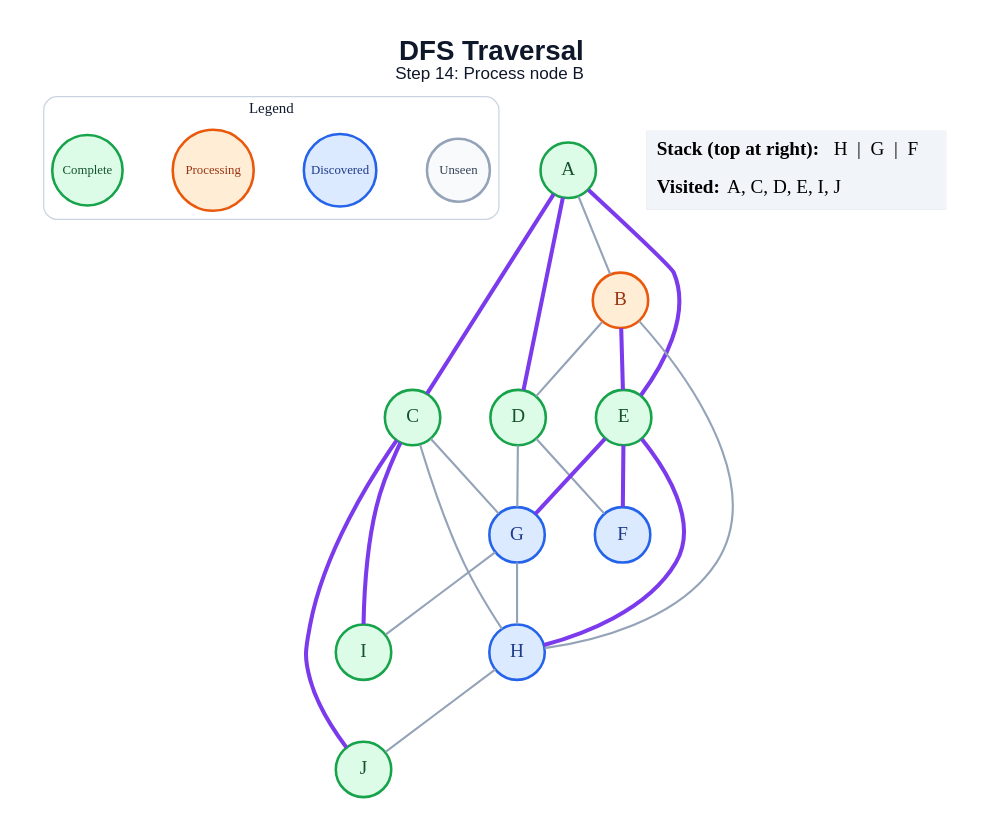
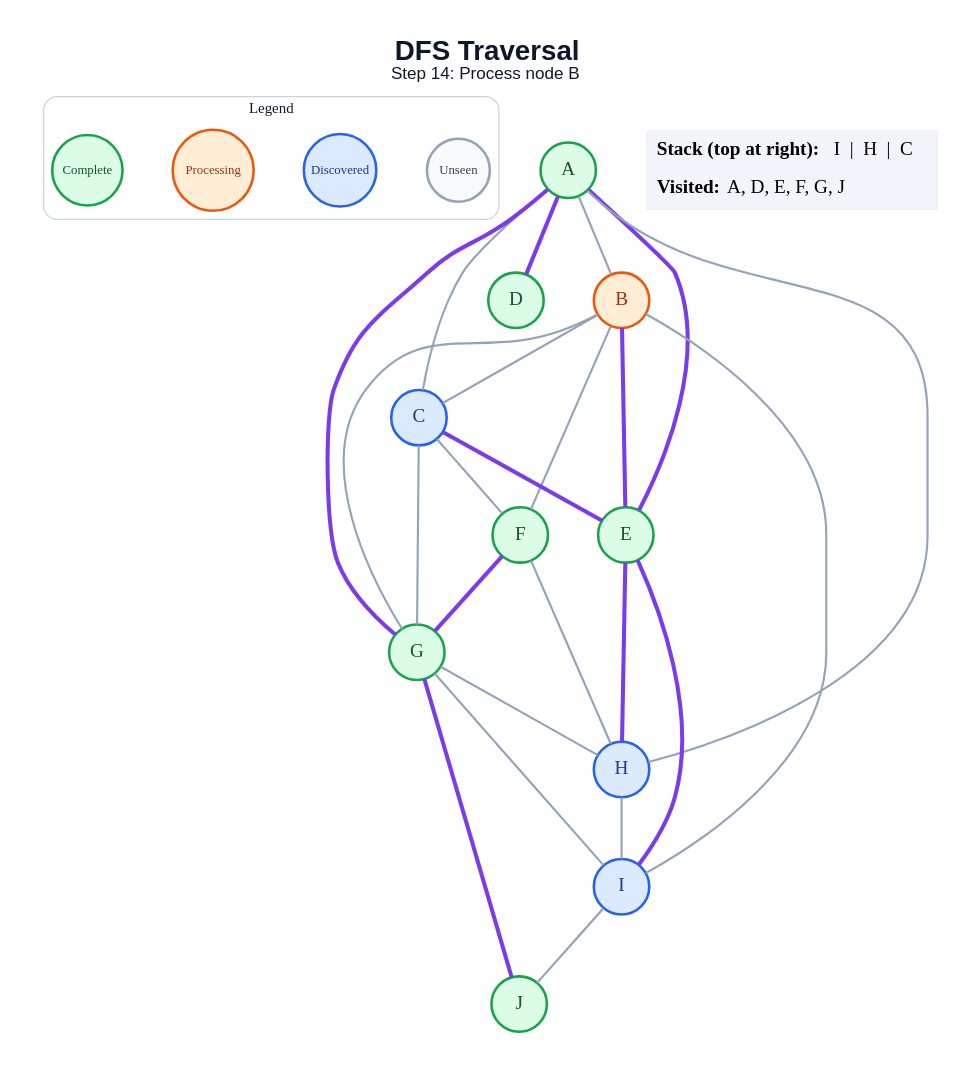
Before and after one commit to amanghodawala9/ai-slop: the diagram in generated/specific-node/dfs/step_14.dot, drawn with Graphviz. The commit also changed 178 other files, not shown here.

```diff
--- a/generated/specific-node/dfs/step_14.dot
+++ b/generated/specific-node/dfs/step_14.dot
@@ -1,48 +1,52 @@
 graph traversal {
   graph [layout=dot, rankdir=TB, bgcolor="#FFFFFF", pad="0.35", nodesep="0.65", ranksep="0.8", fontname="Arial"];
   node [shape=circle, style="filled", fontname="Arial Bold", fontsize=18, width=0.72, fixedsize=true, penwidth=2.4];
   edge [color="#94A3B8", penwidth=2.0];
   label=<<B>DFS Traversal</B><BR/><FONT POINT-SIZE="16">Step 14: Process node B</FONT>>; labelloc="t"; fontsize=26; fontname="Arial"; fontcolor="#0F172A";
   subgraph cluster_legend { label="Legend"; color="#CBD5E1"; penwidth=1.2; style="rounded"; fontsize=14; fontname="Arial Bold";
     key_unseen [label="Unseen", fillcolor="#F8FAFC", color="#94A3B8", fontcolor="#334155", fontsize=12, width=0.82];
     key_frontier [label="Discovered", fillcolor="#DBEAFE", color="#2563EB", fontcolor="#1E3A8A", fontsize=12, width=0.95];
     key_current [label="Processing", fillcolor="#FFEDD5", color="#EA580C", fontcolor="#9A3412", fontsize=12, width=1.05];
     key_done [label="Complete", fillcolor="#DCFCE7", color="#16A34A", fontcolor="#14532D", fontsize=12, width=0.92];
     { rank=same; key_unseen; key_frontier; key_current; key_done; }
   }
   A [fillcolor="#DCFCE7", color="#16A34A", fontcolor="#14532D"];
   B [fillcolor="#FFEDD5", color="#EA580C", fontcolor="#9A3412"];
-  C [fillcolor="#DCFCE7", color="#16A34A", fontcolor="#14532D"];
+  C [fillcolor="#DBEAFE", color="#2563EB", fontcolor="#1E3A8A"];
   D [fillcolor="#DCFCE7", color="#16A34A", fontcolor="#14532D"];
   E [fillcolor="#DCFCE7", color="#16A34A", fontcolor="#14532D"];
-  F [fillcolor="#DBEAFE", color="#2563EB", fontcolor="#1E3A8A"];
-  G [fillcolor="#DBEAFE", color="#2563EB", fontcolor="#1E3A8A"];
+  F [fillcolor="#DCFCE7", color="#16A34A", fontcolor="#14532D"];
+  G [fillcolor="#DCFCE7", color="#16A34A", fontcolor="#14532D"];
   H [fillcolor="#DBEAFE", color="#2563EB", fontcolor="#1E3A8A"];
-  I [fillcolor="#DCFCE7", color="#16A34A", fontcolor="#14532D"];
+  I [fillcolor="#DBEAFE", color="#2563EB", fontcolor="#1E3A8A"];
   J [fillcolor="#DCFCE7", color="#16A34A", fontcolor="#14532D"];
   A -- B;
-  A -- C [color="#7C3AED", penwidth=3.8];
+  A -- C;
   A -- D [color="#7C3AED", penwidth=3.8];
   A -- E [color="#7C3AED", penwidth=3.8];
-  B -- D;
+  A -- G [color="#7C3AED", penwidth=3.8];
+  A -- H;
+  B -- C;
   B -- E [color="#7C3AED", penwidth=3.8];
-  B -- H;
+  B -- F;
+  B -- G;
+  B -- I;
+  C -- E [color="#7C3AED", penwidth=3.8];
+  C -- F;
   C -- G;
-  C -- H;
-  C -- I [color="#7C3AED", penwidth=3.8];
-  C -- J [color="#7C3AED", penwidth=3.8];
-  D -- F;
-  D -- G;
-  E -- F [color="#7C3AED", penwidth=3.8];
-  E -- G [color="#7C3AED", penwidth=3.8];
   E -- H [color="#7C3AED", penwidth=3.8];
+  E -- I [color="#7C3AED", penwidth=3.8];
+  F -- G [color="#7C3AED", penwidth=3.8];
+  F -- H;
   G -- H;
   G -- I;
-  H -- J;
+  G -- J [color="#7C3AED", penwidth=3.8];
+  H -- I;
+  I -- J;
   status [shape=plain, fixedsize=false, width=0, height=0, margin=0, label=<
     <TABLE BORDER="0" CELLBORDER="0" CELLPADDING="7" BGCOLOR="#F1F5F9">
-      <TR><TD ALIGN="LEFT"><B>Stack (top at right):</B> H  |  G  |  F</TD></TR>
-      <TR><TD ALIGN="LEFT"><B>Visited:</B> A, C, D, E, I, J</TD></TR>
+      <TR><TD ALIGN="LEFT"><B>Stack (top at right):</B> I  |  H  |  C</TD></TR>
+      <TR><TD ALIGN="LEFT"><B>Visited:</B> A, D, E, F, G, J</TD></TR>
     </TABLE>
   >];
 }
```
